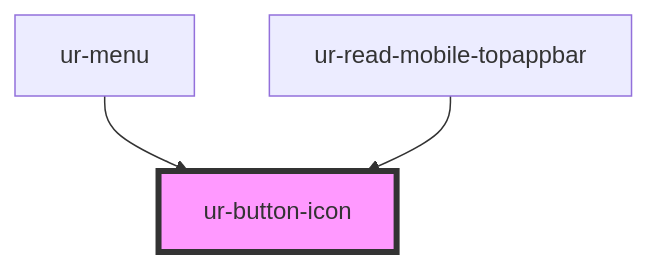
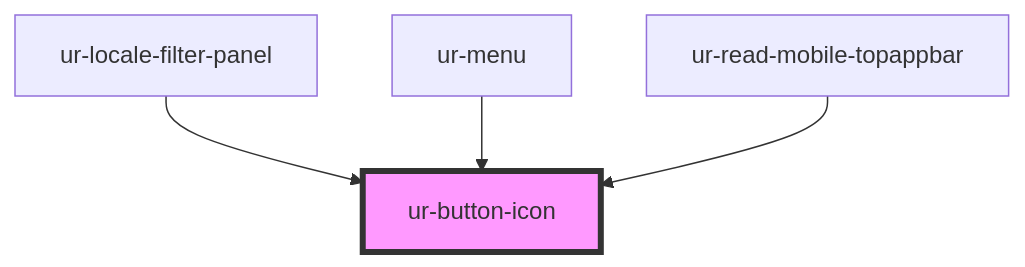
One commit to hellish/urnovl-web-components changed the diagram in src/components/ur-button-icon/readme.md. Above: the diagram before and after it, drawn with Mermaid. The commit also changed other lines of this file and 10 other files, not shown here.

````diff
--- a/src/components/ur-button-icon/readme.md
+++ b/src/components/ur-button-icon/readme.md
@@ -28,6 +29,7 @@
 ```mermaid
 graph TD;
+  ur-locale-filter-panel --> ur-button-icon
   ur-menu --> ur-button-icon
   ur-read-mobile-topappbar --> ur-button-icon
   style ur-button-icon fill:#f9f,stroke:#333,stroke-width:4px
 ```
````
